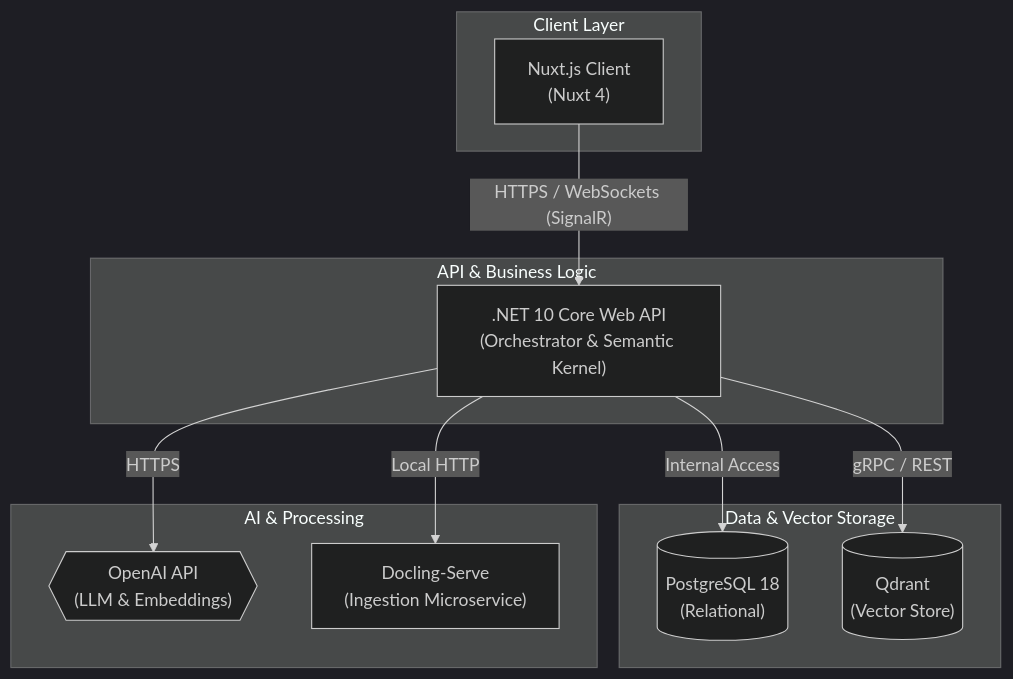
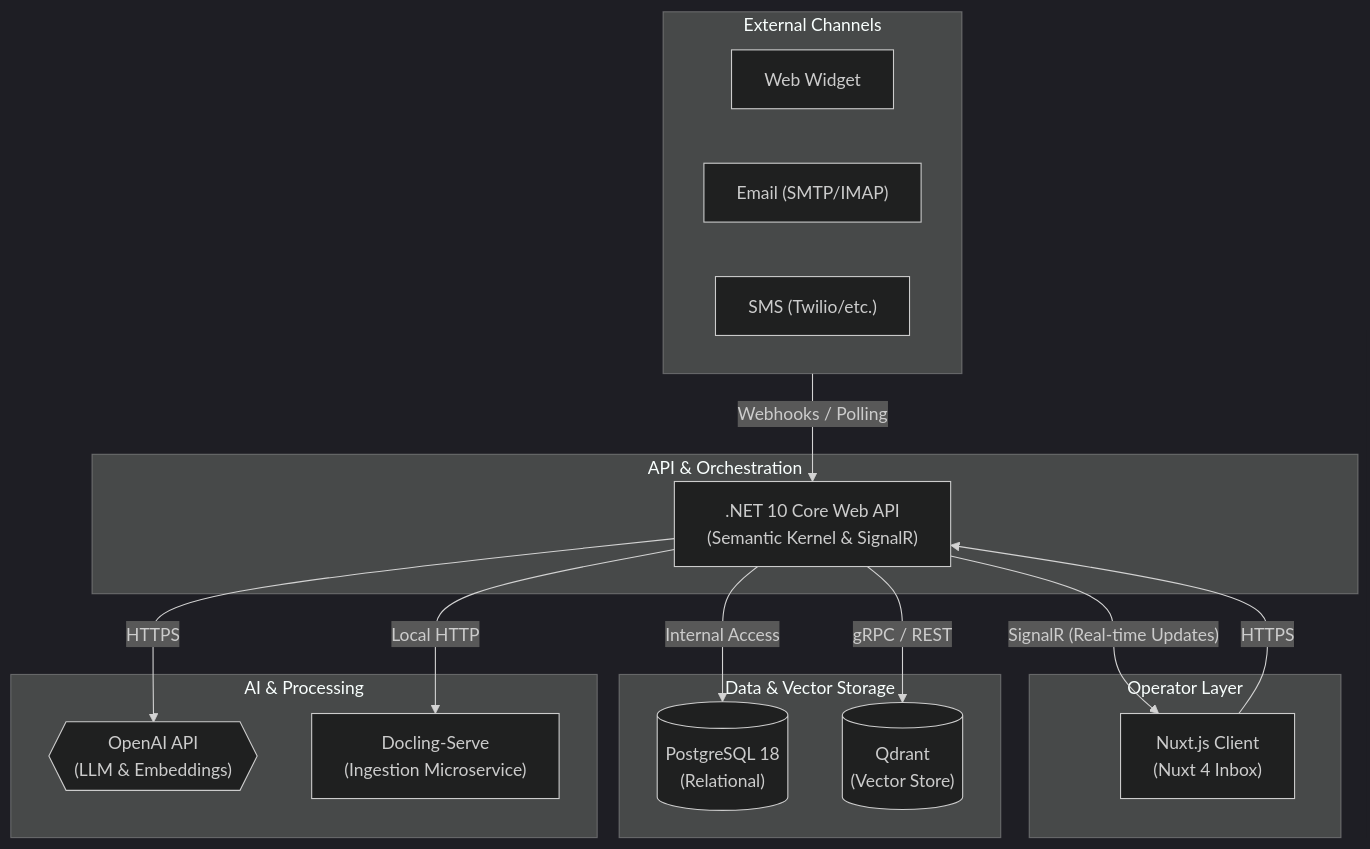
The first of 2 diagrams in docs/ARD.md (u3kkasha/chatbot), drawn with Mermaid (dark theme) before and after one commit. The commit also changed other lines of this file and 51 other files, not shown here.

````diff
--- a/docs/ARD.md
+++ b/docs/ARD.md
@@ -9,26 +9,34 @@
 ```mermaid
 graph TD
-    subgraph Client_Layer [Client Layer]
-        Client["Nuxt.js Client<br/>(Nuxt 4)"]
+    subgraph Channels [External Channels]
+        Widget["Web Widget"]
+        Email["Email (SMTP/IMAP)"]
+        SMS["SMS (Twilio/etc.)"]
     end
 
-    subgraph API_Gateway [API & Business Logic]
-        API[".NET 10 Core Web API<br/>(Orchestrator & Semantic Kernel)"]
+    subgraph Client_Layer [Operator Layer]
+        Client["Nuxt.js Client<br/>(Nuxt 4 Inbox)"]
+    end
+
+    subgraph API_Gateway [API & Orchestration]
+        API[".NET 10 Core Web API<br/>(Semantic Kernel & SignalR)"]
     end
 
     subgraph Storage_Tier [Data & Vector Storage]
         PostgreSQL[("PostgreSQL 18<br/>(Relational)")]
         Qdrant[("Qdrant<br/>(Vector Store)")]
     end
 
     subgraph External_Services [AI & Processing]
         OpenAI{{"OpenAI API<br/>(LLM & Embeddings)"}}
         Docling["Docling-Serve<br/>(Ingestion Microservice)"]
     end
 
-    Client -- "HTTPS / WebSockets (SignalR)" --> API
+    Channels -- "Webhooks / Polling" --> API
+    API -- "SignalR (Real-time Updates)" --> Client
+    Client -- "HTTPS" --> API
     API -- "Internal Access" --> PostgreSQL
     API -- "gRPC / REST" --> Qdrant
     API -- "HTTPS" --> OpenAI
     API -- "Local HTTP" --> Docling
 ```
````
